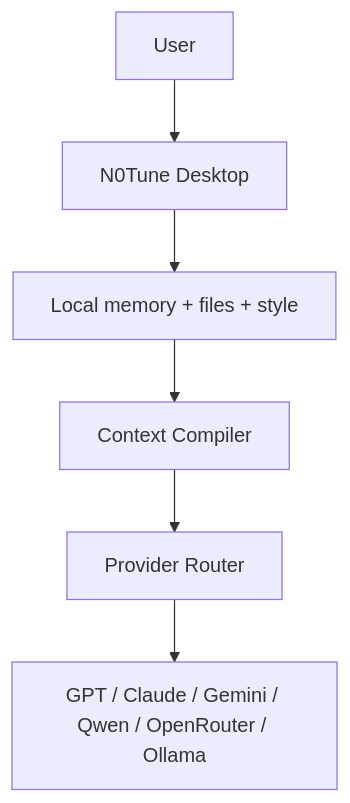
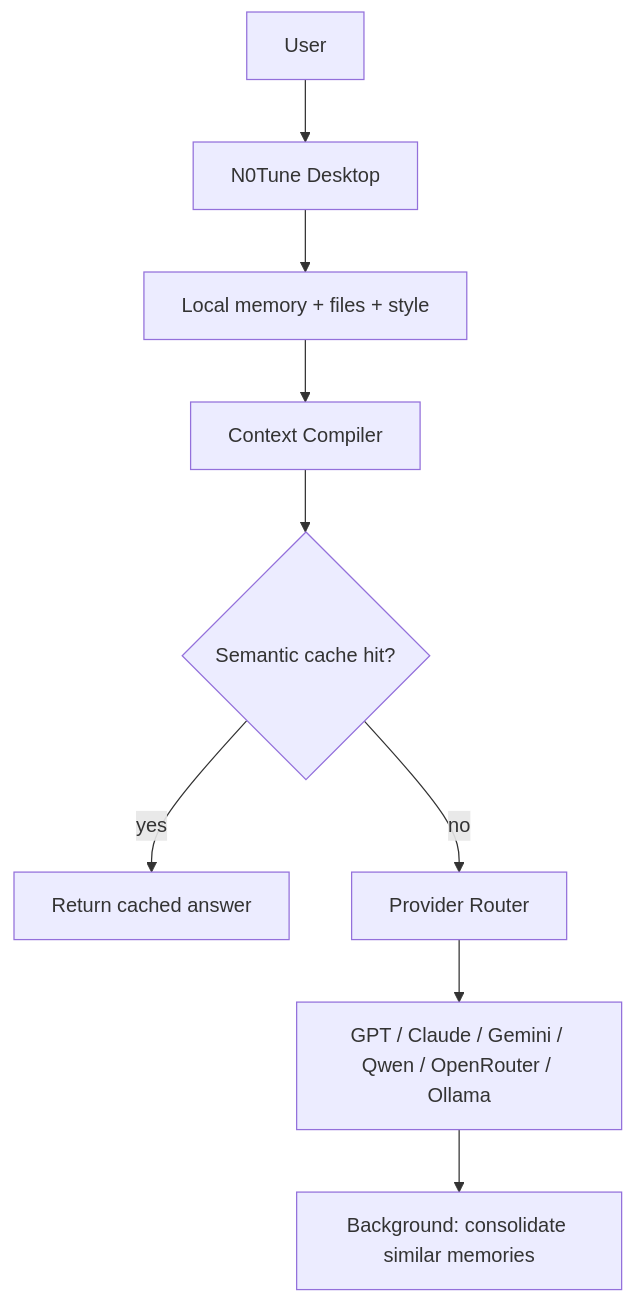
One commit to MITPOAI/N0Tune changed the diagram in README.md. Above: the diagram before and after it, drawn with Mermaid. The commit also changed other lines of this file, not shown here.

````diff
--- a/README.md
+++ b/README.md
@@ -115,8 +159,11 @@
 ```mermaid
 flowchart TD
     User["User"] --> Desktop["N0Tune Desktop"]
     Desktop --> Local["Local memory + files + style"]
     Local --> Compiler["Context Compiler"]
-    Compiler --> Router["Provider Router"]
+    Compiler --> Cache{Semantic cache hit?}
+    Cache -->|yes| Cached["Return cached answer"]
+    Cache -->|no| Router["Provider Router"]
     Router --> Models["GPT / Claude / Gemini / Qwen / OpenRouter / Ollama"]
+    Models --> Learn["Background: consolidate similar memories"]
 ```
````
